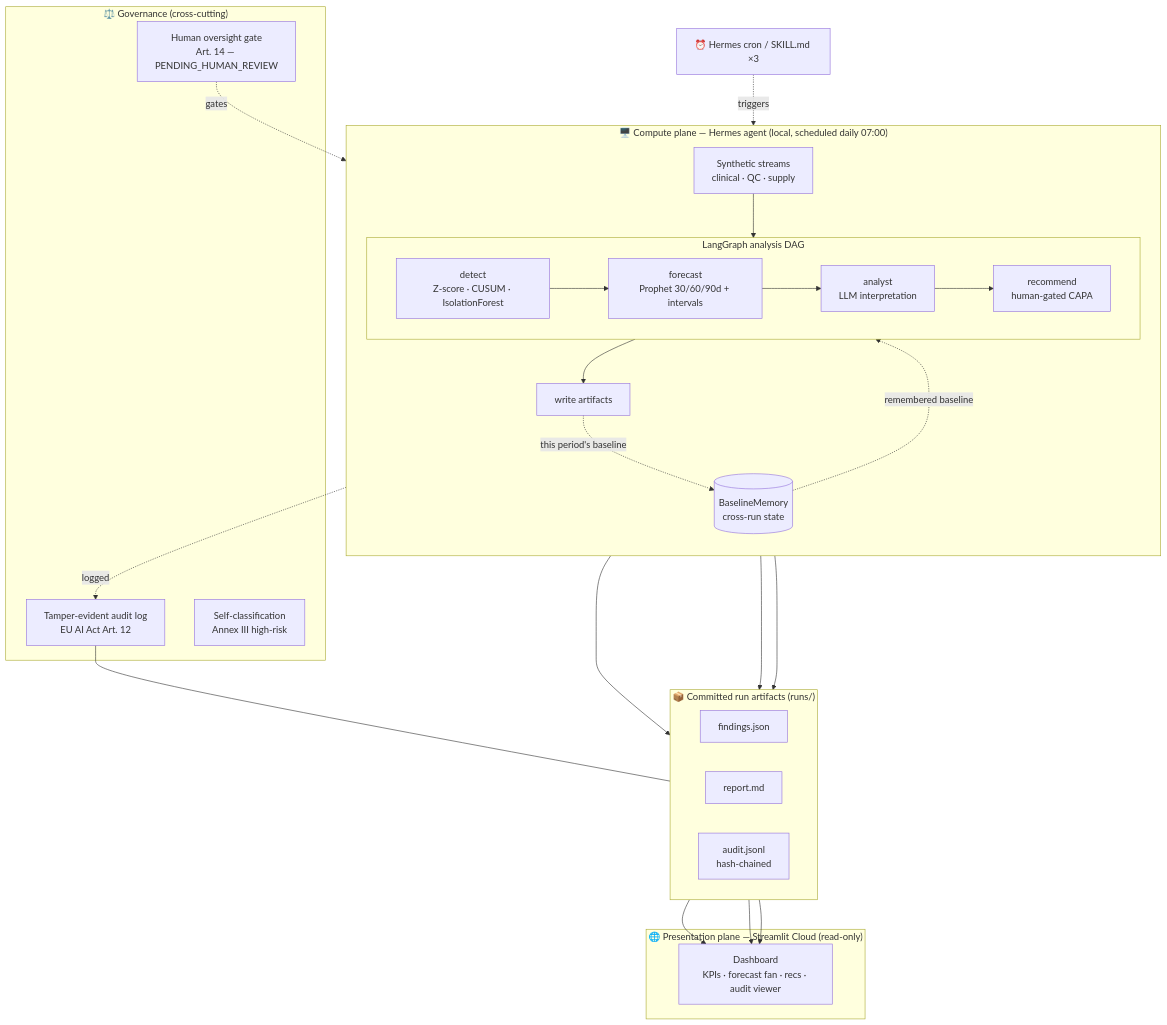
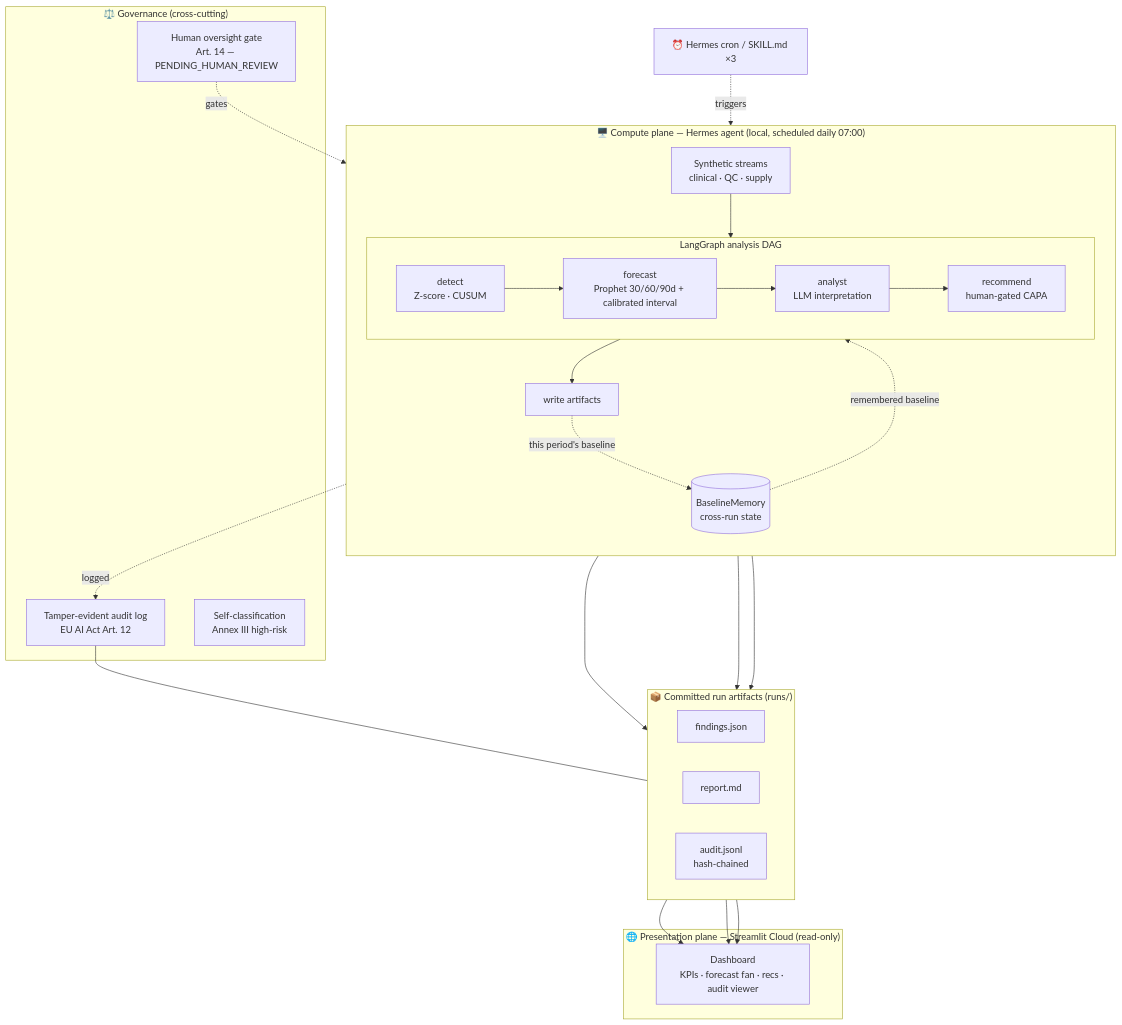
One commit to Mofasshara/orgpulse-ai changed the diagram in docs/ARCHITECTURE.md. Above: the diagram before and after it, drawn with Mermaid. The commit also changed other lines of this file and 38 other files, not shown here.

````diff
--- a/docs/ARCHITECTURE.md
+++ b/docs/ARCHITECTURE.md
@@ -9,43 +9,43 @@
 ```mermaid
 flowchart TB
     subgraph CP["🖥️ Compute plane — Hermes agent (local, scheduled daily 07:00)"]
         direction TB
         MEM[("BaselineMemory<br/>cross-run state")]
         GEN["Synthetic streams<br/>clinical · QC · supply"]
         subgraph DAG["LangGraph analysis DAG"]
             direction LR
-            D["detect<br/>Z-score · CUSUM · IsolationForest"] --> F["forecast<br/>Prophet 30/60/90d + intervals"]
+            D["detect<br/>Z-score · CUSUM"] --> F["forecast<br/>Prophet 30/60/90d + calibrated interval"]
             F --> A["analyst<br/>LLM interpretation"]
             A --> R["recommend<br/>human-gated CAPA"]
         end
         GEN --> D
         MEM -. "remembered baseline" .-> D
         R --> W["write artifacts"]
         W -. "this period's baseline" .-> MEM
     end
 
     subgraph ART["📦 Committed run artifacts (runs/)"]
         direction LR
         FJ["findings.json"]
         RM["report.md"]
         AJ["audit.jsonl<br/>hash-chained"]
     end
 
     subgraph PP["🌐 Presentation plane — Streamlit Cloud (read-only)"]
         DASH["Dashboard<br/>KPIs · forecast fan · recs · audit viewer"]
     end
 
     subgraph GOV["⚖️ Governance (cross-cutting)"]
         AUD["Tamper-evident audit log<br/>EU AI Act Art. 12"]
         CLS["Self-classification<br/>Annex III high-risk"]
         HG["Human oversight gate<br/>Art. 14 — PENDING_HUMAN_REVIEW"]
     end
 
     W --> FJ & RM & AJ
     FJ & RM & AJ --> DASH
     R -. logged .-> AUD
     AUD --- AJ
     HG -. gates .-> R
 
     HERMES["⏰ Hermes cron / SKILL.md ×3"] -. triggers .-> GEN
 ```
````
